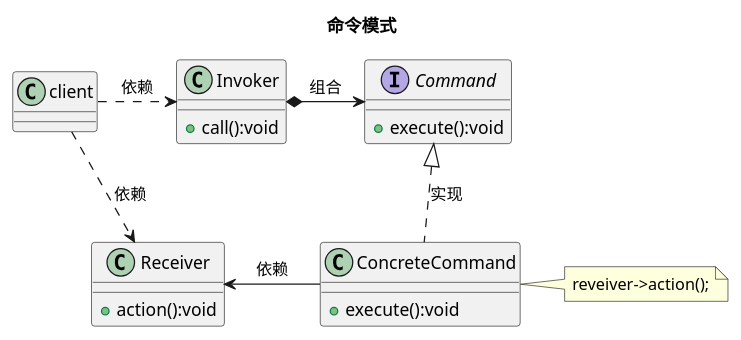
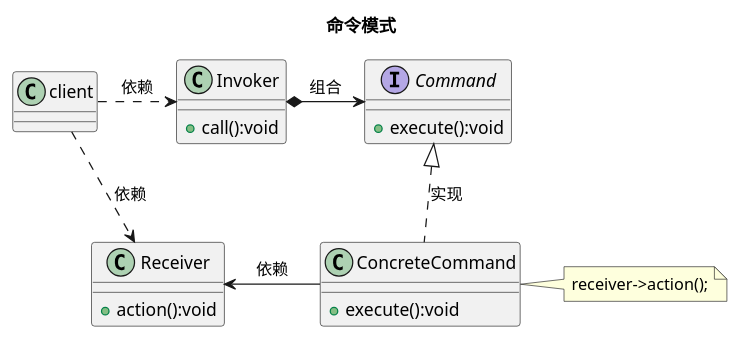
One commit to MikeWrong/uml changed the diagram in 命令模式.puml. Above: the diagram before and after it, drawn with PlantUML.

Commit message:
命令模式

```diff
--- a/命令模式.puml
+++ b/命令模式.puml
@@ -1,40 +1,40 @@
 @startuml
 title:命令模式
 /'定义：将一个请求封装成一个对象，从而让你使用不同的请求把客户端参数化，对请求排队或者记录请求日志，可以提供命令的撤销和恢复功能。'/
 
 /'客户类'/
 class client
 
 /'调用者'/
 class Invoker{
 +call():void
 }
 
 /'抽象命令类'/
 interface Command{
 +execute():void
 }
 
 /'具体命令类'/
 class ConcreteCommand{
 +execute():void
 }
-note right:reveiver->action();
+note right:receiver->action();
 
 Command<|..ConcreteCommand:实现
 
 Invoker*-right->Command:组合
 
 /'接收者'/
 class Receiver{
 +action():void
 }
 
 
 client..>Receiver:依赖
 client..right..>Invoker:依赖
 
 ConcreteCommand-left->Receiver:依赖
 
 
 @enduml
```
